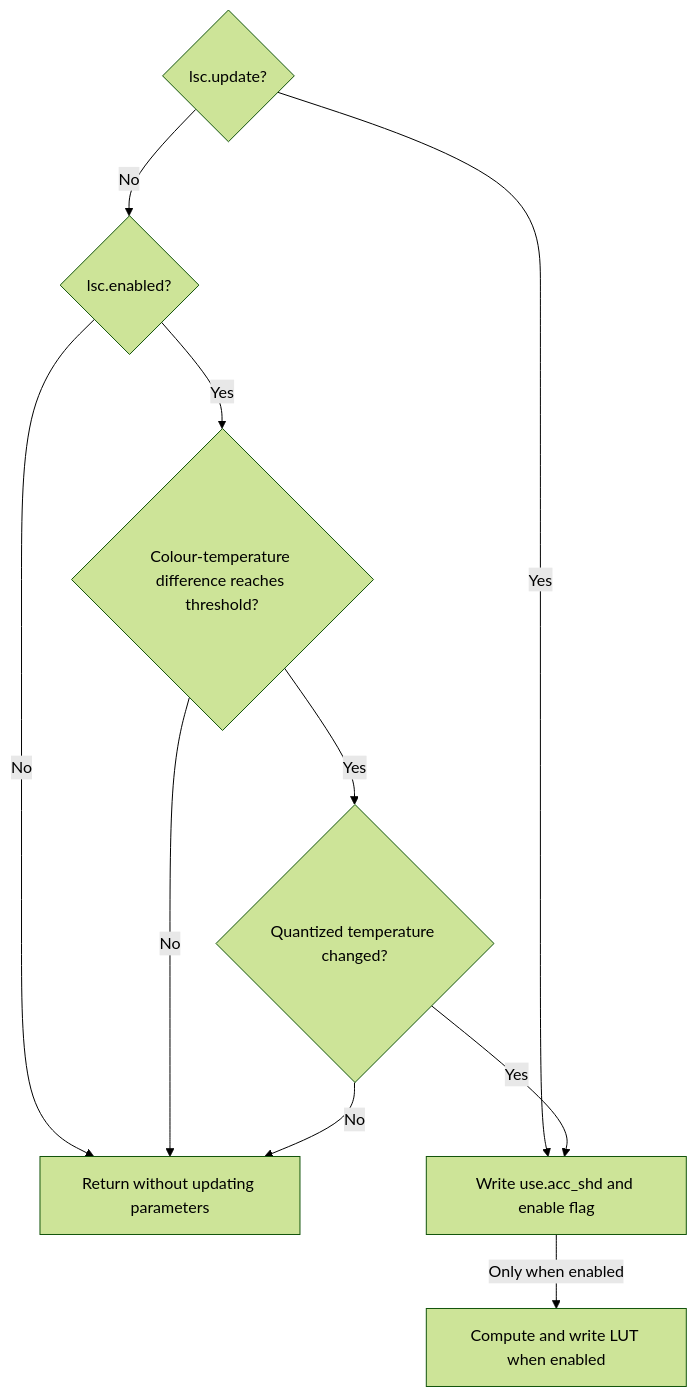
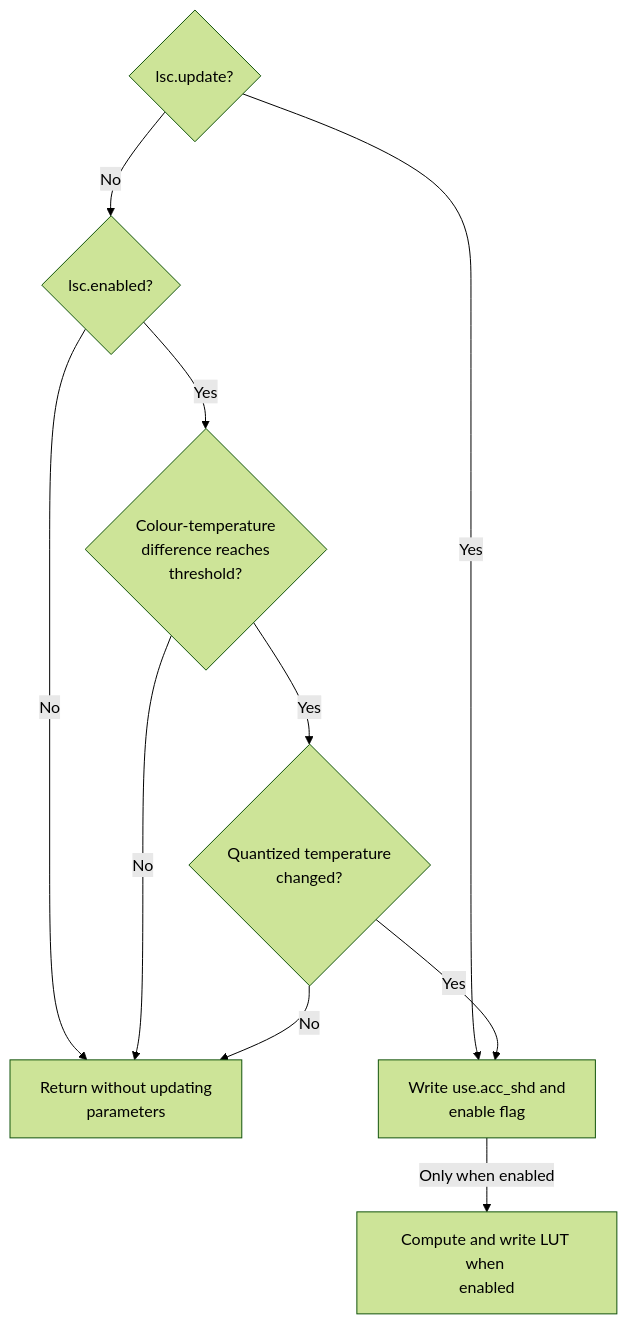
Before and after one commit to TTolsun/libcamera-sdd: the diagram in docs/en/ipu3-lsc-flow.lsc-update-gates.mmd, drawn with Mermaid (forest theme). The commit also changed 98 other files, not shown here.

```diff
--- a/docs/en/ipu3-lsc-flow.lsc-update-gates.mmd
+++ b/docs/en/ipu3-lsc-flow.lsc-update-gates.mmd
@@ -1,18 +1,18 @@
 flowchart TB
 
   v_update{"lsc.update?"}
   v_enabled{"lsc.enabled?"}
-  v_threshold{"Colour-temperature difference reaches threshold?"}
-  v_quantized{"Quantized temperature changed?"}
-  v_skip["Return without updating parameters"]
-  v_notify["Write use.acc_shd and enable flag"]
-  v_lut["Compute and write LUT when enabled"]
+  v_threshold{"Colour-temperature <br/>difference reaches <br/>threshold?"}
+  v_quantized{"Quantized temperature <br/>changed?"}
+  v_skip["Return without updating <br/>parameters"]
+  v_notify["Write use.acc_shd and <br/>enable flag"]
+  v_lut["Compute and write LUT when <br/>enabled"]
   v_update -->|"Yes"| v_notify
   v_update -->|"No"| v_enabled
   v_enabled -->|"No"| v_skip
   v_enabled -->|"Yes"| v_threshold
   v_threshold -->|"No"| v_skip
   v_threshold -->|"Yes"| v_quantized
   v_quantized -->|"No"| v_skip
   v_quantized -->|"Yes"| v_notify
   v_notify -->|"Only when enabled"| v_lut
```
